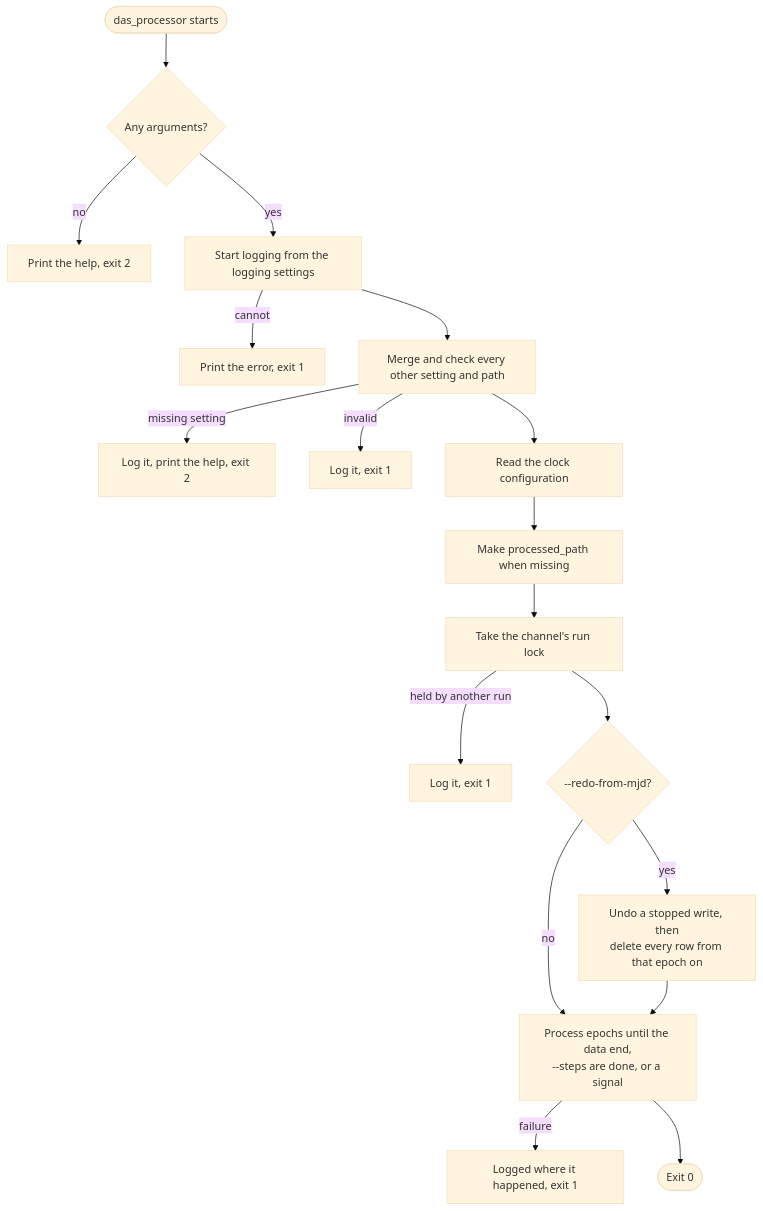
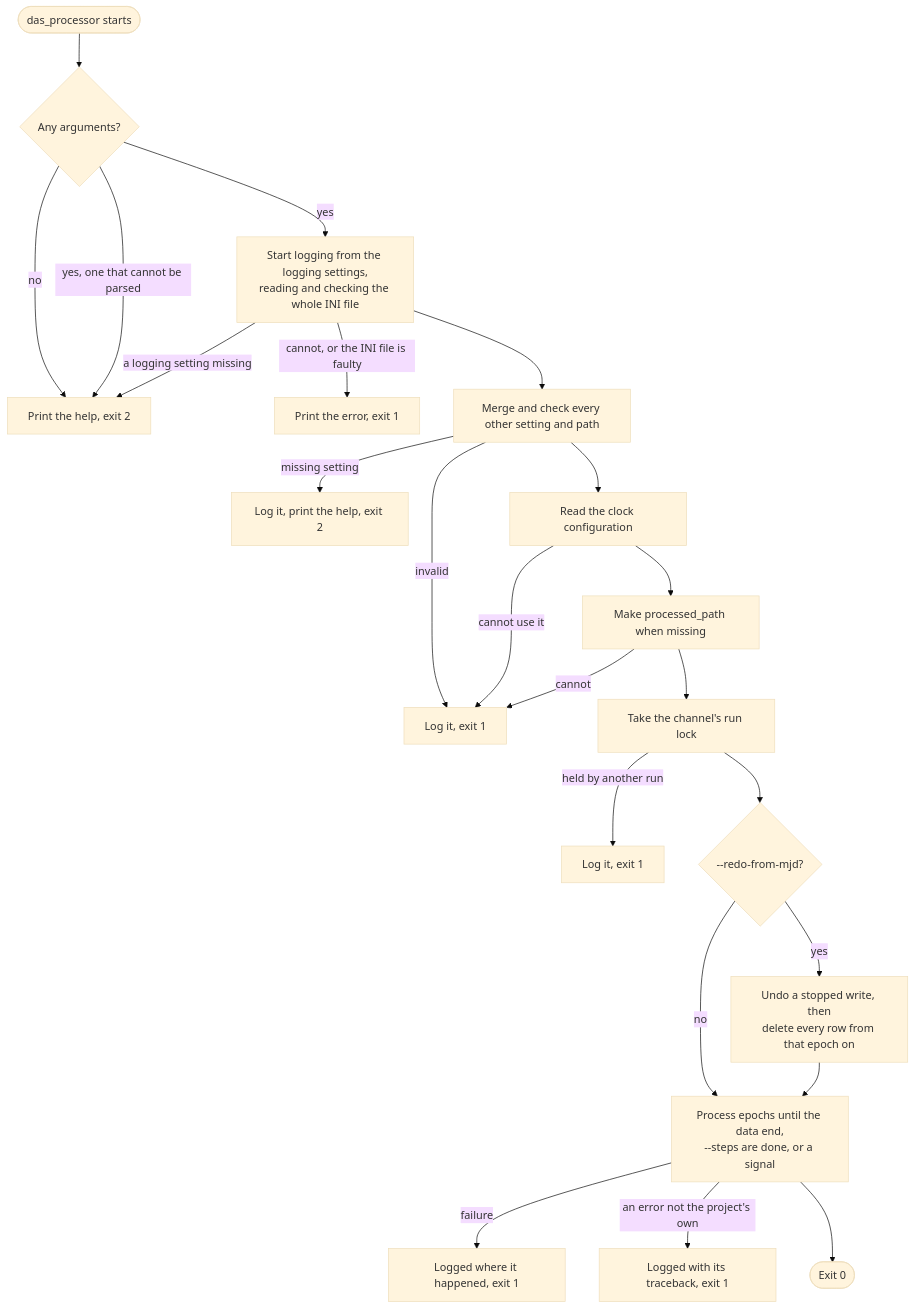
The fifth of 17 diagrams in docs/das_processor/design.md (osmeyer/masterclock), drawn with Mermaid (base theme) before and after one commit. The commit also changed other lines of this file and 8 other files, not shown here.

````diff
--- a/docs/das_processor/design.md
+++ b/docs/das_processor/design.md
@@ -935,20 +979,25 @@
 ```mermaid
 flowchart TD
     START([das_processor starts]) --> ARGS{Any arguments?}
     ARGS -- no --> HELP[Print the help, exit 2]
-    ARGS -- yes --> LOG[Start logging from the logging settings]
-    LOG -- cannot --> ERR1[Print the error, exit 1]
+    ARGS -- "yes, one that cannot be parsed" --> HELP
+    ARGS -- yes --> LOG[Start logging from the logging settings,<br/>reading and checking the whole INI file]
+    LOG -- "a logging setting missing" --> HELP
+    LOG -- "cannot, or the INI file is faulty" --> ERR1[Print the error, exit 1]
     LOG --> SET[Merge and check every other setting and path]
     SET -- missing setting --> HELP2[Log it, print the help, exit 2]
     SET -- invalid --> ERR2[Log it, exit 1]
     SET --> CC[Read the clock configuration]
+    CC -- cannot use it --> ERR2
     CC --> MK[Make processed_path when missing]
+    MK -- cannot --> ERR2
     MK --> LOCK[Take the channel's run lock]
     LOCK -- held by another run --> ERR3[Log it, exit 1]
     LOCK --> REDO{--redo-from-mjd?}
     REDO -- yes --> CUT[Undo a stopped write, then<br/>delete every row from that epoch on]
     REDO -- no --> RUN
     CUT --> RUN[Process epochs until the data end,<br/>--steps are done, or a signal]
     RUN -- failure --> ERR4[Logged where it happened, exit 1]
+    RUN -- "an error not the project's own" --> ERR5[Logged with its traceback, exit 1]
     RUN --> DONE([Exit 0])
 ```
````
